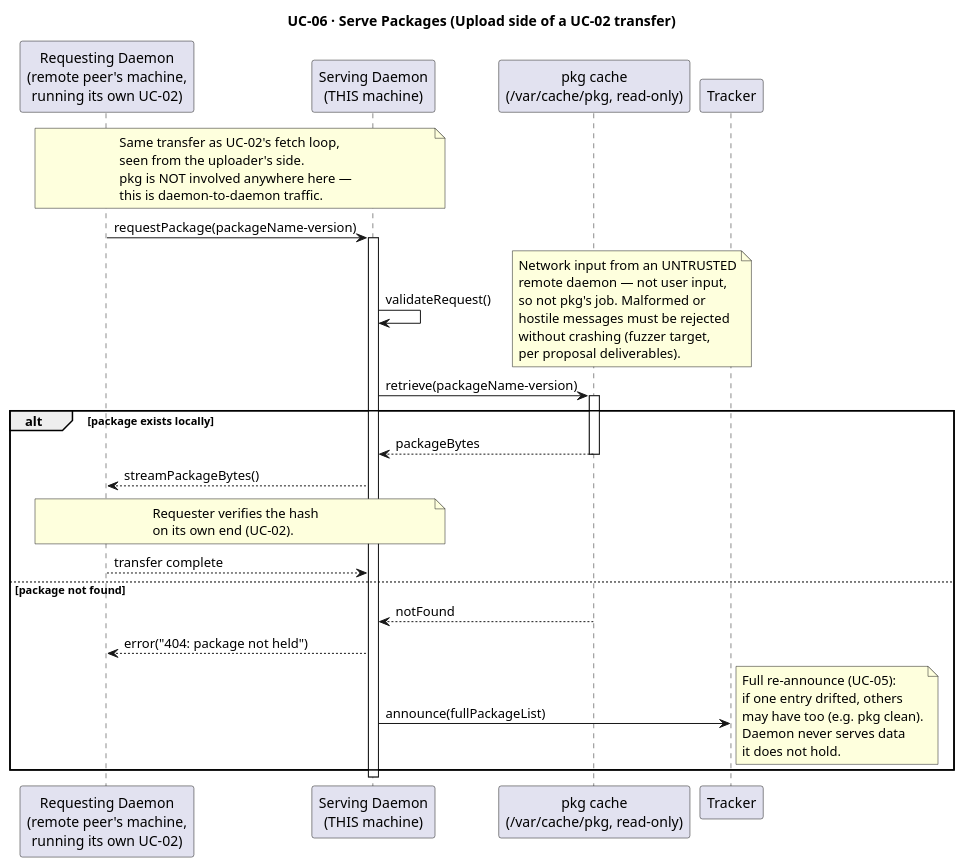
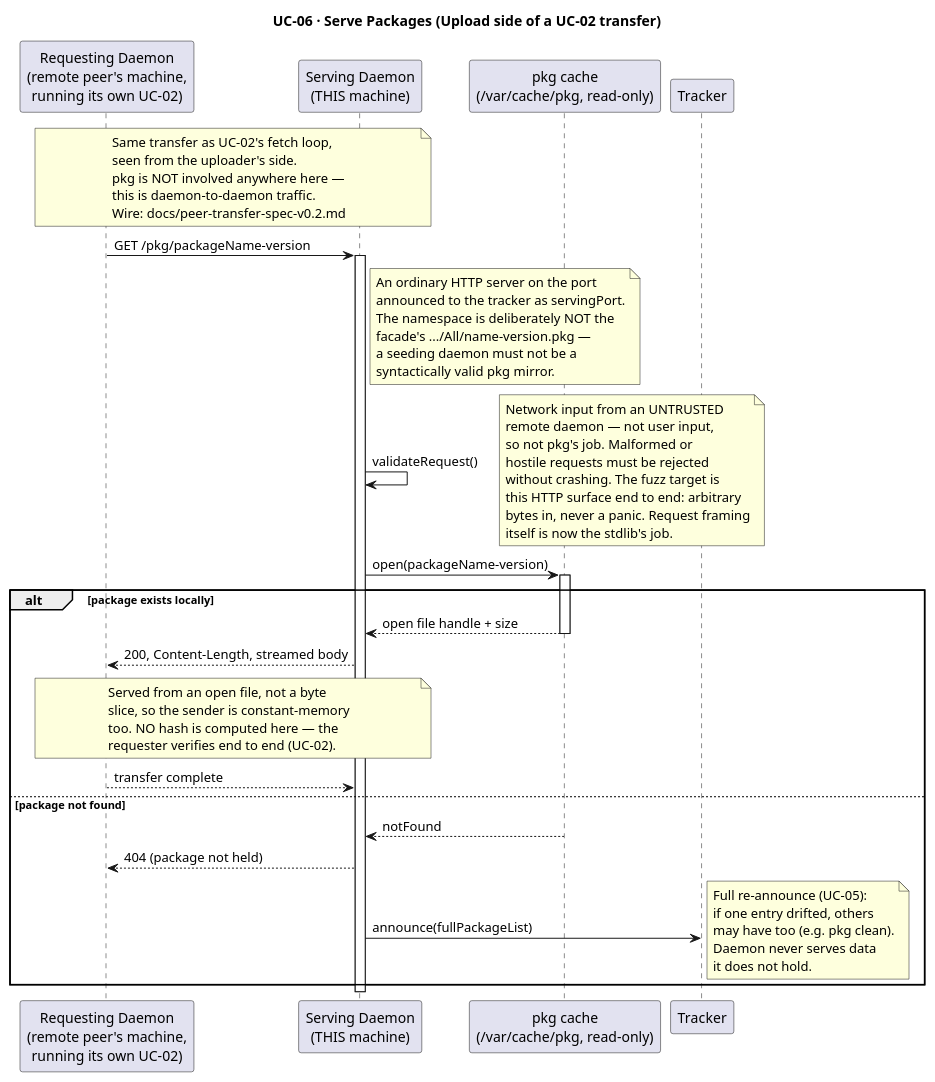
One commit to ndrew222/p2p-pkg-daemon changed the diagram in docs/uc-06.puml. Above: the diagram before and after it, drawn with PlantUML. The commit also changed 1 other file, not shown here.

Commit message:
docs: update UC-02 and UC-06 diagrams for the HTTP peer wire
UC-02's fetch loop now shows the repo-DB lookup returning hash AND size
from the same row, a GET /pkg/<name-version>, and streaming into a temp
file with incremental hashing rather than a single opaque
"packageBytes -> computeHash(tempBytes)" step. The mismatch branch is
widened to cover size and non-200 replies, and records that only a size
or hash mismatch blacklists a peer -- a 404 means the peer no longer
holds the file, not that it lied.

UC-06 becomes an ordinary HTTP server serving from an open file handle,
so the sending side is constant-memory too, and states that the fuzz
target is now the HTTP surface end to end.

Both rendered to PNG and inspected before committing: labels survive
intact. Angle brackets were kept out of note bodies, since PlantUML
treats them as markup -- the same class of defect as the bracketed
alt/else labels fixed earlier.

Claude-Session: https://claude.ai/code/session_01BxRuHanbqcB2paVWYbLZ3P

```diff
--- a/docs/uc-06.puml
+++ b/docs/uc-06.puml
@@ -1,36 +1,37 @@
 @startuml
 title UC-06 · Serve Packages (Upload side of a UC-02 transfer)
  
 participant "Requesting Daemon\n(remote peer's machine,\nrunning its own UC-02)" as RemotePeer
 participant "Serving Daemon\n(THIS machine)" as Daemon
 participant "pkg cache\n(/var/cache/pkg, read-only)" as Cache
 participant Tracker
  
-note over RemotePeer, Daemon : Same transfer as UC-02's fetch loop,\nseen from the uploader's side.\npkg is NOT involved anywhere here —\nthis is daemon-to-daemon traffic.
- 
-RemotePeer -> Daemon: requestPackage(packageName-version)
+note over RemotePeer, Daemon : Same transfer as UC-02's fetch loop,\nseen from the uploader's side.\npkg is NOT involved anywhere here —\nthis is daemon-to-daemon traffic.\nWire: docs/peer-transfer-spec-v0.2.md
+
+RemotePeer -> Daemon: GET /pkg/packageName-version
 activate Daemon
- 
+note right of Daemon : An ordinary HTTP server on the port\nannounced to the tracker as servingPort.\nThe namespace is deliberately NOT the\nfacade's .../All/name-version.pkg —\na seeding daemon must not be a\nsyntactically valid pkg mirror.
+
 Daemon -> Daemon : validateRequest()
-note right : Network input from an UNTRUSTED\nremote daemon — not user input,\nso not pkg's job. Malformed or\nhostile messages must be rejected\nwithout crashing (fuzzer target,\nper proposal deliverables).
- 
-Daemon -> Cache: retrieve(packageName-version)
+note right : Network input from an UNTRUSTED\nremote daemon — not user input,\nso not pkg's job. Malformed or\nhostile requests must be rejected\nwithout crashing. The fuzz target is\nthis HTTP surface end to end: arbitrary\nbytes in, never a panic. Request framing\nitself is now the stdlib's job.
+
+Daemon -> Cache: open(packageName-version)
 activate Cache
- 
+
 alt package exists locally
-Cache --> Daemon: packageBytes
+Cache --> Daemon: open file handle + size
 deactivate Cache
-Daemon --> RemotePeer: streamPackageBytes()
-note over Daemon, RemotePeer: Requester verifies the hash\non its own end (UC-02).
+Daemon --> RemotePeer: 200, Content-Length, streamed body
+note over Daemon, RemotePeer: Served from an open file, not a byte\nslice, so the sender is constant-memory\ntoo. NO hash is computed here — the\nrequester verifies end to end (UC-02).
 RemotePeer --> Daemon : transfer complete
- 
+
 else package not found
 Cache --> Daemon: notFound
 deactivate Cache
-Daemon --> RemotePeer: error("404: package not held")
+Daemon --> RemotePeer: 404 (package not held)
 Daemon -> Tracker: announce(fullPackageList)
 note right : Full re-announce (UC-05):\nif one entry drifted, others\nmay have too (e.g. pkg clean).\nDaemon never serves data\nit does not hold.
 end
  
 deactivate Daemon
 @enduml
```
